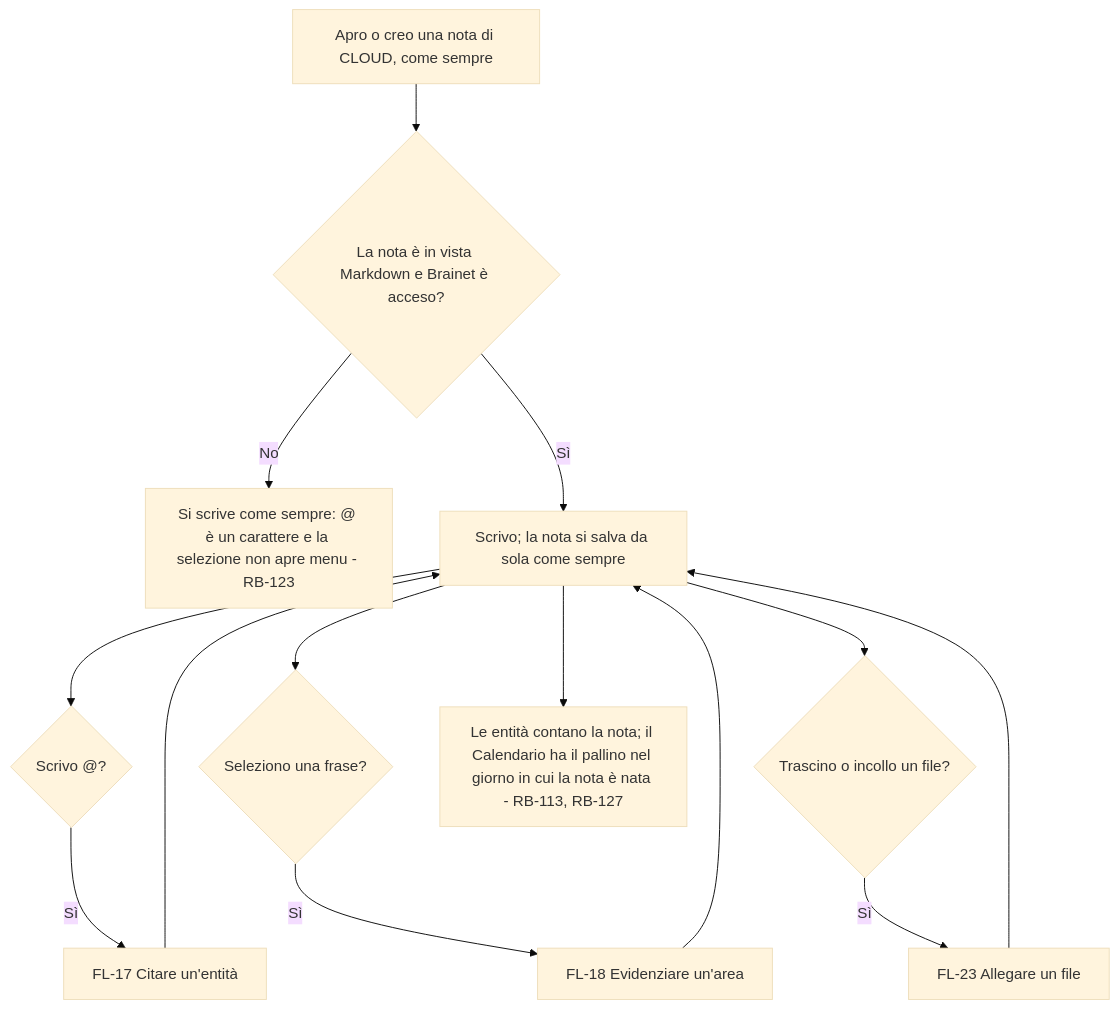
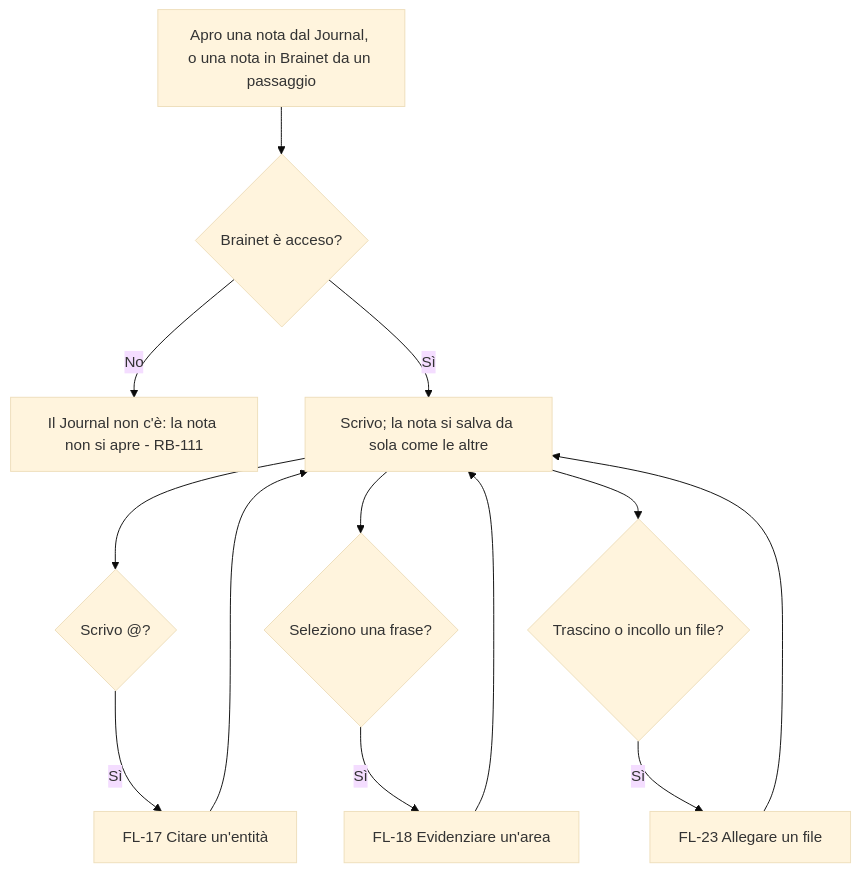
The first of 12 diagrams in docs/moduli/net/2-flussi.md (Helmutsti/MemoDu), drawn with Mermaid (base theme) before and after one commit. The commit also changed other lines of this file and 73 other files, not shown here.

First line of the commit message:
RF-18 DEC-147 DEC-148 DEC-149: Sposta in Brainet, Journal, Entità per tipo

````diff
--- a/docs/moduli/net/2-flussi.md
+++ b/docs/moduli/net/2-flussi.md
@@ -8,16 +8,15 @@
 ```mermaid
 flowchart TD
-    A[Apro o creo una nota di CLOUD, come sempre] --> B{La nota è in vista Markdown e Brainet è acceso?}
-    B -- No --> C[Si scrive come sempre: @ è un carattere e la selezione non apre menu - RB-123]
-    B -- Sì --> D[Scrivo; la nota si salva da sola come sempre]
+    A[Apro una nota dal Journal, o una nota in Brainet da un passaggio] --> B{Brainet è acceso?}
+    B -- No --> C[Il Journal non c'è: la nota non si apre - RB-111]
+    B -- Sì --> D[Scrivo; la nota si salva da sola come le altre]
     D --> E{Scrivo @?}
     E -- Sì --> F[FL-17 Citare un'entità]
     F --> D
     D --> G{Seleziono una frase?}
     G -- Sì --> H[FL-18 Evidenziare un'area]
     H --> D
     D --> I{Trascino o incollo un file?}
     I -- Sì --> J[FL-23 Allegare un file]
     J --> D
-    D --> K[Le entità contano la nota; il Calendario ha il pallino nel giorno in cui la nota è nata - RB-113, RB-127]
 ```
````
